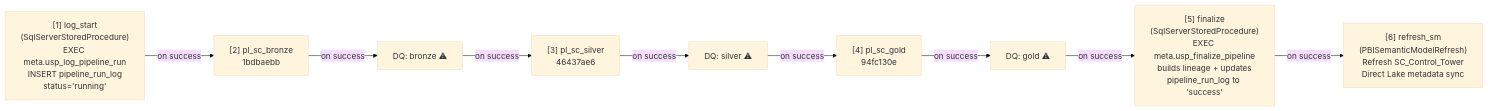
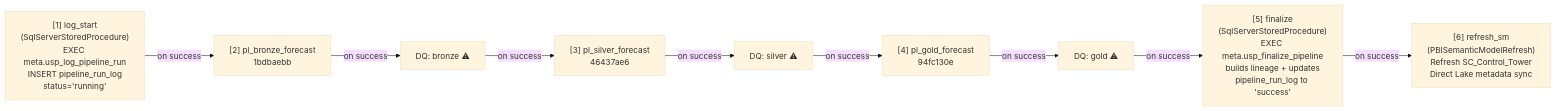
One commit to ankinguyen-engineer-2002/Fabric-v9-Warehouse-Medallion changed the second of 11 diagrams in Fabric_Architect/v9_architecture_supplychain.md. Above: the diagram before and after it, drawn with Mermaid (base theme). The commit also changed other lines of this file and 9 other files, not shown here.

````diff
--- a/Fabric_Architect/v9_architecture_supplychain.md
+++ b/Fabric_Architect/v9_architecture_supplychain.md
@@ -193,18 +193,18 @@
 ```mermaid
 flowchart LR
     LS["[1] log_start\n(SqlServerStoredProcedure)\nEXEC meta.usp_log_pipeline_run\nINSERT pipeline_run_log\nstatus='running'"]
-    B["[2] pl_sc_bronze\n1bdbaebb"]
-    S["[3] pl_sc_silver\n46437ae6"]
-    G["[4] pl_sc_gold\n94fc130e"]
+    B["[2] pl_bronze_forecast\n1bdbaebb"]
+    S["[3] pl_silver_forecast\n46437ae6"]
+    G["[4] pl_gold_forecast\n94fc130e"]
     FN["[5] finalize\n(SqlServerStoredProcedure)\nEXEC meta.usp_finalize_pipeline\nbuilds lineage + updates\npipeline_run_log to 'success'"]
     SM["[6] refresh_sm\n(PBISemanticModelRefresh)\nRefresh SC_Control_Tower\nDirect Lake metadata sync"]
 
     LS -->|"on success"| B
     B -->|"on success"| DQ1["DQ: bronze ⚠"]
     DQ1 -->|"on success"| S
     S -->|"on success"| DQ2["DQ: silver ⚠"]
     DQ2 -->|"on success"| G
     G -->|"on success"| DQ3["DQ: gold ⚠"]
     DQ3 -->|"on success"| FN
     FN -->|"on success"| SM
 ```
````
